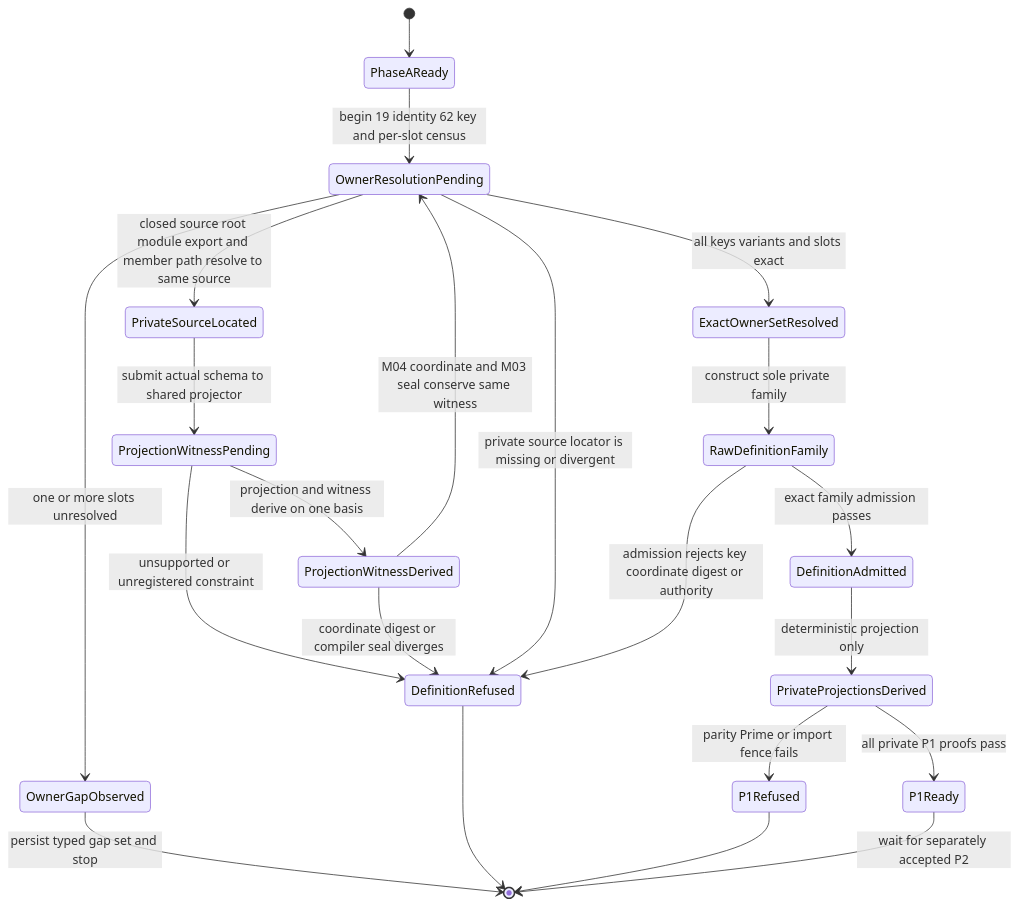
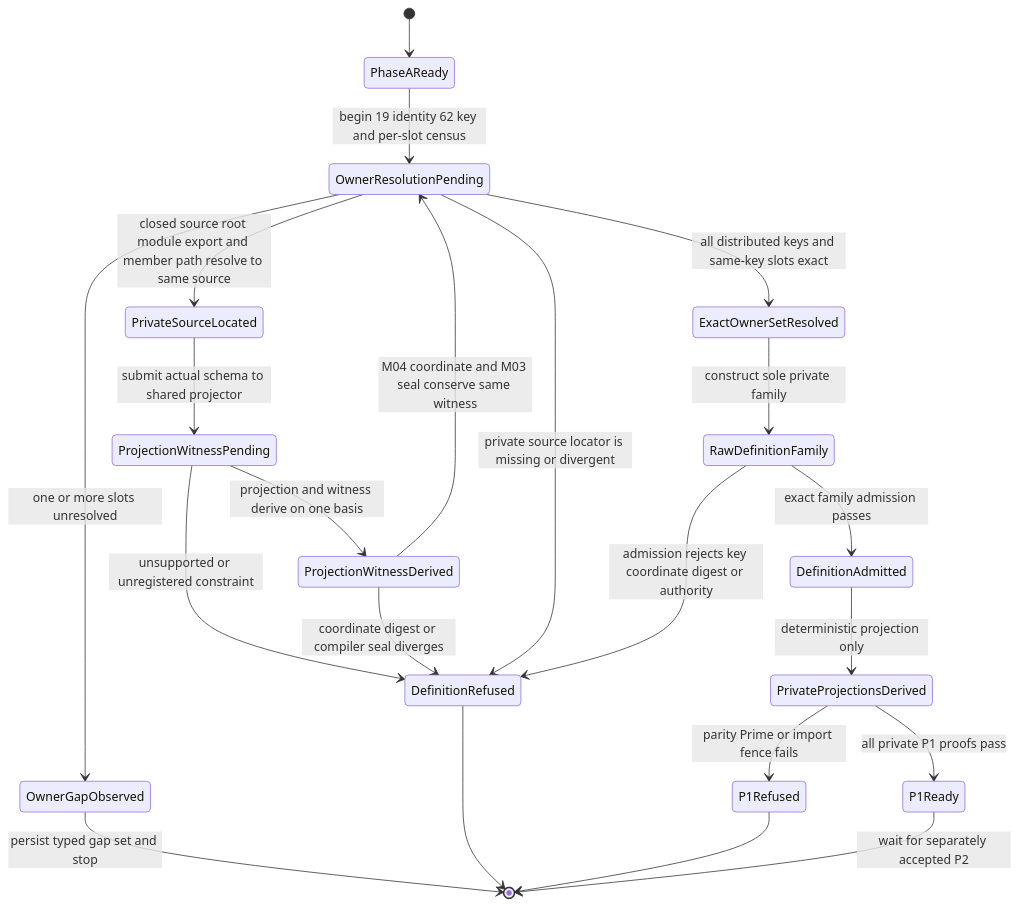
The third of 3 diagrams in build_tenants/abiogenesis/typescript/design/M04_PUBLIC_OPERATION_DEFINITION_FAMILY_BEHAVIOR_DESIGN.md (foolishimp/abiogenesis), drawn with Mermaid before and after one commit. The commit also changed other lines of this file and 3 other files, not shown here.

````diff
--- a/build_tenants/abiogenesis/typescript/design/M04_PUBLIC_OPERATION_DEFINITION_FAMILY_BEHAVIOR_DESIGN.md
+++ b/build_tenants/abiogenesis/typescript/design/M04_PUBLIC_OPERATION_DEFINITION_FAMILY_BEHAVIOR_DESIGN.md
@@ -1307,24 +1353,24 @@
 ```mermaid
 stateDiagram-v2
   [*] --> PhaseAReady
   PhaseAReady --> OwnerResolutionPending: begin 19 identity 62 key and per-slot census
   OwnerResolutionPending --> PrivateSourceLocated: closed source root module export and member path resolve to same source
   PrivateSourceLocated --> ProjectionWitnessPending: submit actual schema to shared projector
   ProjectionWitnessPending --> ProjectionWitnessDerived: projection and witness derive on one basis
   ProjectionWitnessPending --> DefinitionRefused: unsupported or unregistered constraint
   ProjectionWitnessDerived --> OwnerResolutionPending: M04 coordinate and M03 seal conserve same witness
   ProjectionWitnessDerived --> DefinitionRefused: coordinate digest or compiler seal diverges
   OwnerResolutionPending --> DefinitionRefused: private source locator is missing or divergent
   OwnerResolutionPending --> OwnerGapObserved: one or more slots unresolved
-  OwnerResolutionPending --> ExactOwnerSetResolved: all keys variants and slots exact
+  OwnerResolutionPending --> ExactOwnerSetResolved: all distributed keys and same-key slots exact
   ExactOwnerSetResolved --> RawDefinitionFamily: construct sole private family
   RawDefinitionFamily --> DefinitionRefused: admission rejects key coordinate digest or authority
   RawDefinitionFamily --> DefinitionAdmitted: exact family admission passes
   DefinitionAdmitted --> PrivateProjectionsDerived: deterministic projection only
   PrivateProjectionsDerived --> P1Refused: parity Prime or import fence fails
   PrivateProjectionsDerived --> P1Ready: all private P1 proofs pass
   OwnerGapObserved --> [*]: persist typed gap set and stop
   DefinitionRefused --> [*]
   P1Refused --> [*]
   P1Ready --> [*]: wait for separately accepted P2
 ```
````
